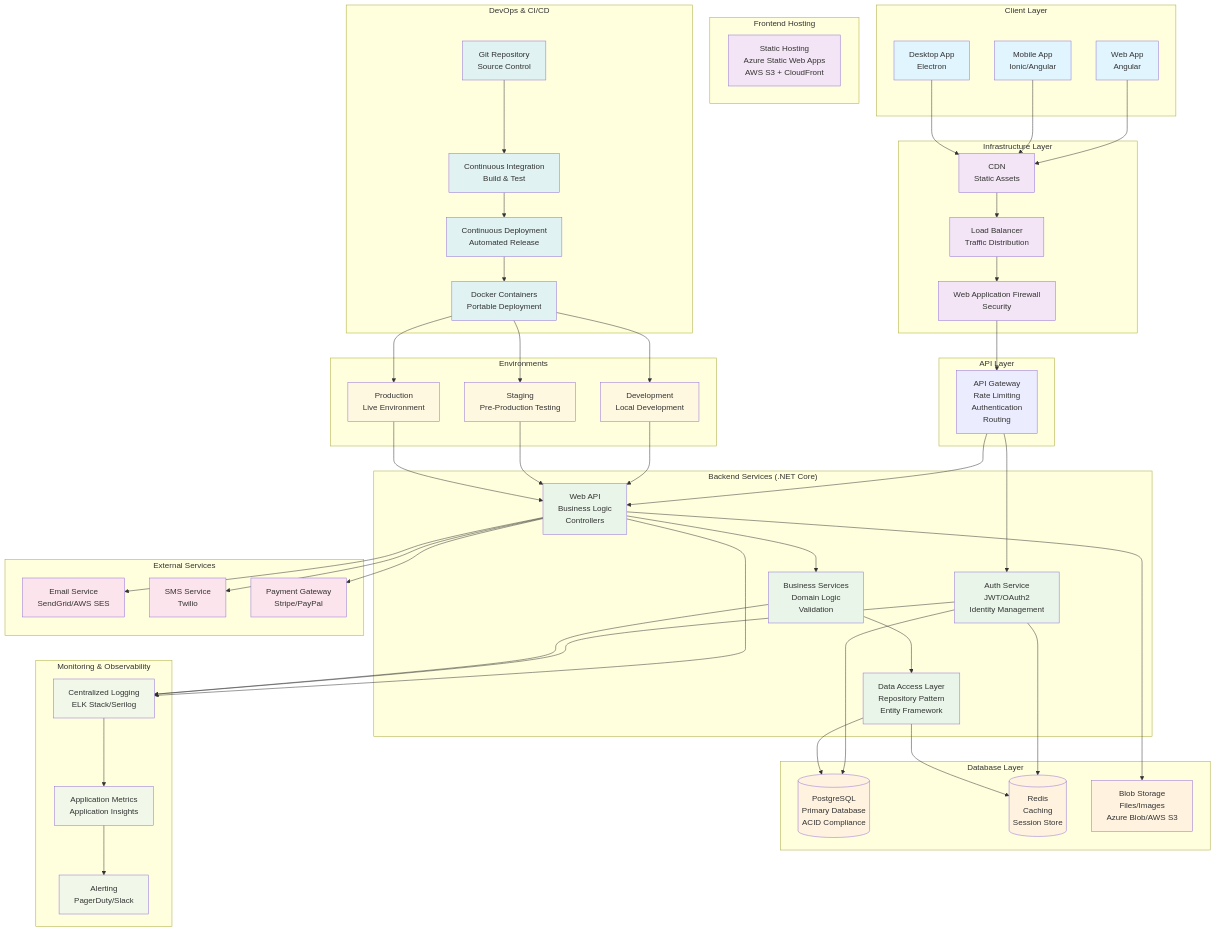
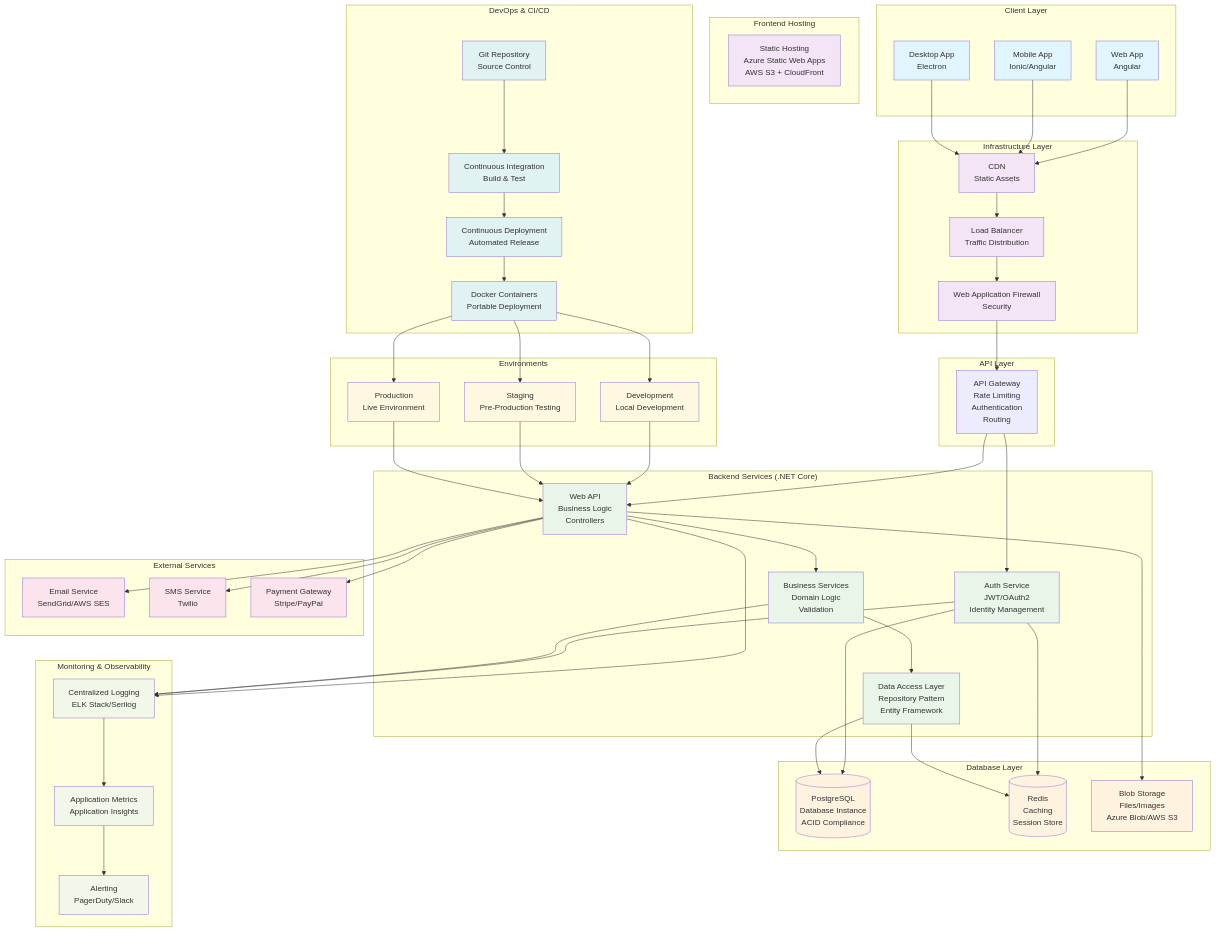
The diagram in architecture-diagram.md (nayanvithanage/code_20-architecture-practice), drawn with Mermaid before and after one commit. The commit also changed 3 other files, not shown here.

Commit message:
refactor: update PostgreSQL terminology to enhance clarity across architecture documentation

```diff
--- a/architecture-diagram.md
+++ b/architecture-diagram.md
@@ -39,7 +39,7 @@
 
     %% Database Layer
     subgraph "Database Layer"
-        PG[(PostgreSQL<br/>Primary Database<br/>ACID Compliance)]
+        PG[(PostgreSQL<br/>Database Instance<br/>ACID Compliance)]
         REDIS[(Redis<br/>Caching<br/>Session Store)]
         BLOB[Blob Storage<br/>Files/Images<br/>Azure Blob/AWS S3]
     end
```
